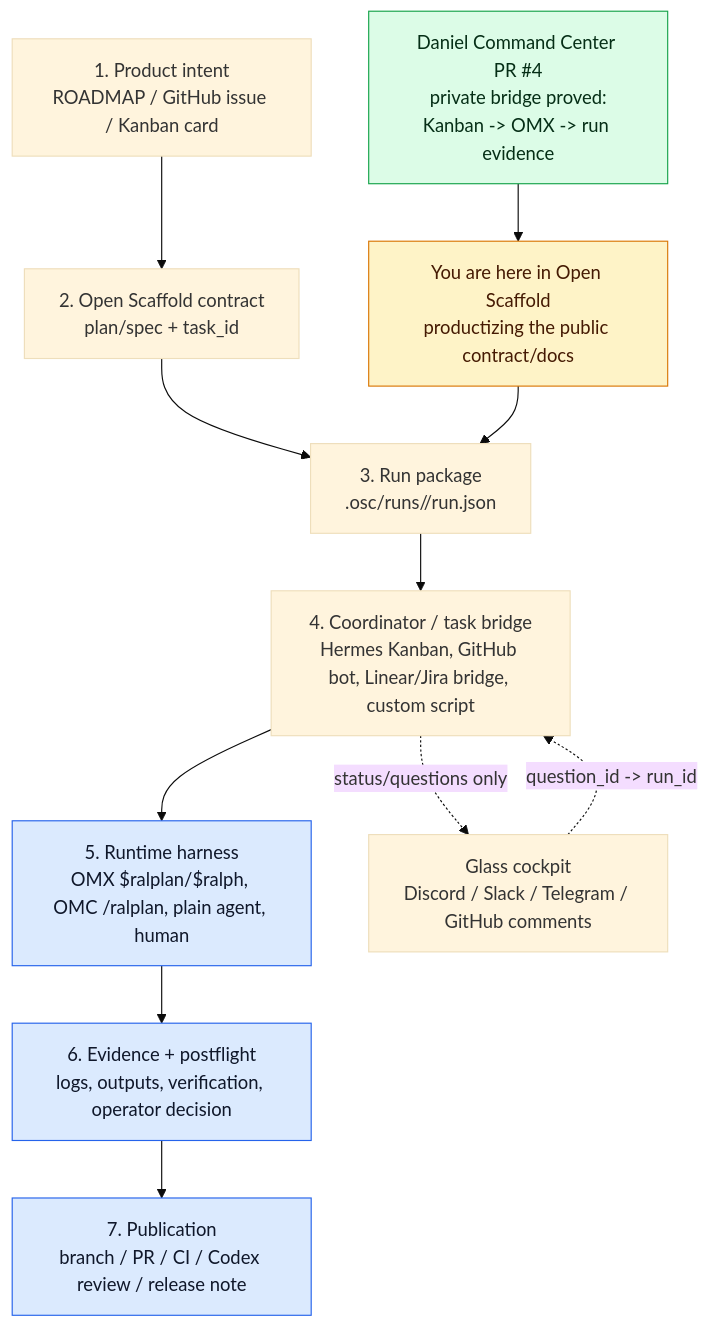
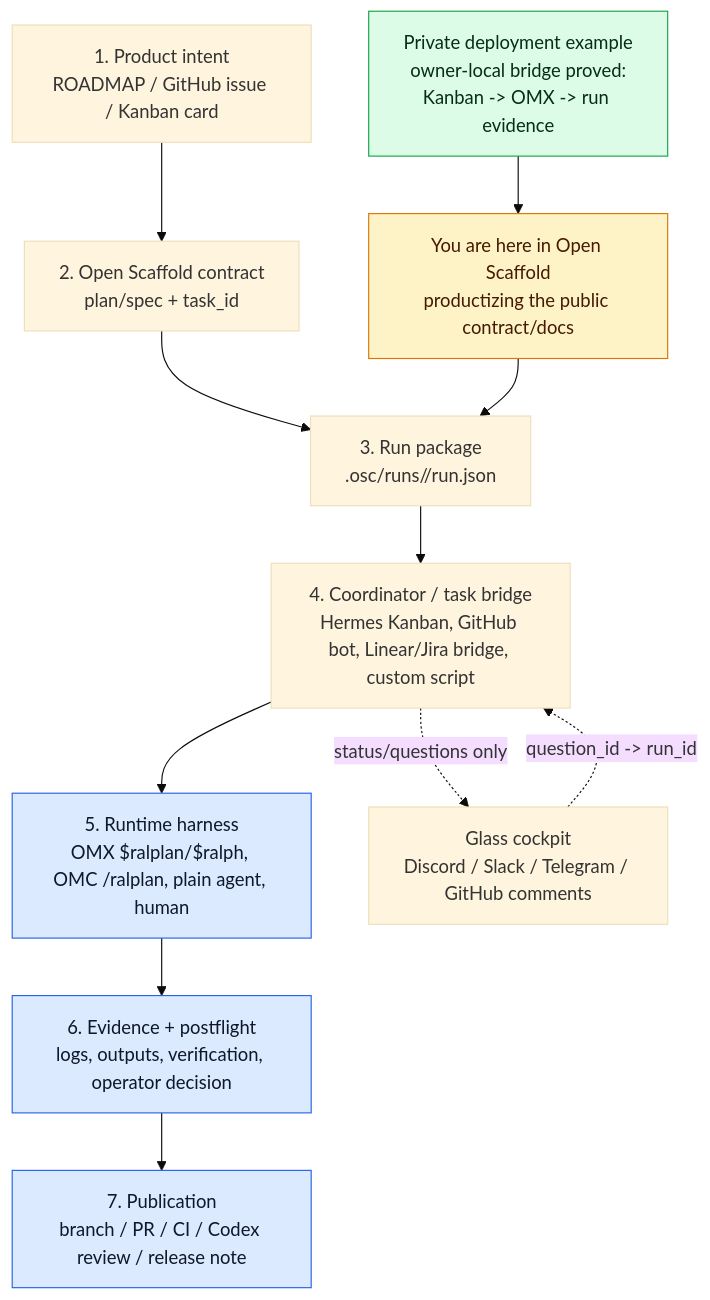
One commit to jeanclaudevibedan/open-scaffold changed the diagram in docs/RUNTIME_HARNESS_DISPATCH.md. Above: the diagram before and after it, drawn with Mermaid (base theme). The commit also changed other lines of this file and 17 other files, not shown here.

````diff
--- a/docs/RUNTIME_HARNESS_DISPATCH.md
+++ b/docs/RUNTIME_HARNESS_DISPATCH.md
@@ -20,22 +20,22 @@
 ```mermaid
 flowchart TD
     A["1. Product intent\nROADMAP / GitHub issue / Kanban card"] --> B["2. Open Scaffold contract\nplan/spec + task_id"]
     B --> C["3. Run package\n.osc/runs/<run_id>/run.json"]
     C --> D["4. Coordinator / task bridge\nHermes Kanban, GitHub bot, Linear/Jira bridge, custom script"]
     D --> E["5. Runtime harness\nOMX $ralplan/$ralph, OMC /ralplan, plain agent, human"]
     E --> F["6. Evidence + postflight\nlogs, outputs, verification, operator decision"]
     F --> G["7. Publication\nbranch / PR / CI / Codex review / release note"]
 
     D -. "status/questions only" .-> H["Glass cockpit\nDiscord / Slack / Telegram / GitHub comments"]
     H -. "question_id -> run_id" .-> D
 
-    X["Daniel Command Center PR #4\nprivate bridge proved:\nKanban -> OMX -> run evidence"] --> Y["You are here in Open Scaffold\nproductizing the public contract/docs"]
+    X["Private deployment example\nowner-local bridge proved:\nKanban -> OMX -> run evidence"] --> Y["You are here in Open Scaffold\nproductizing the public contract/docs"]
     Y --> C
 
     classDef done fill:#DCFCE7,stroke:#16A34A,color:#052e16;
     classDef current fill:#FEF3C7,stroke:#D97706,color:#451a03;
     classDef future fill:#DBEAFE,stroke:#2563EB,color:#0f172a;
     class X done;
     class Y current;
     class E,F,G future;
 ```
````
